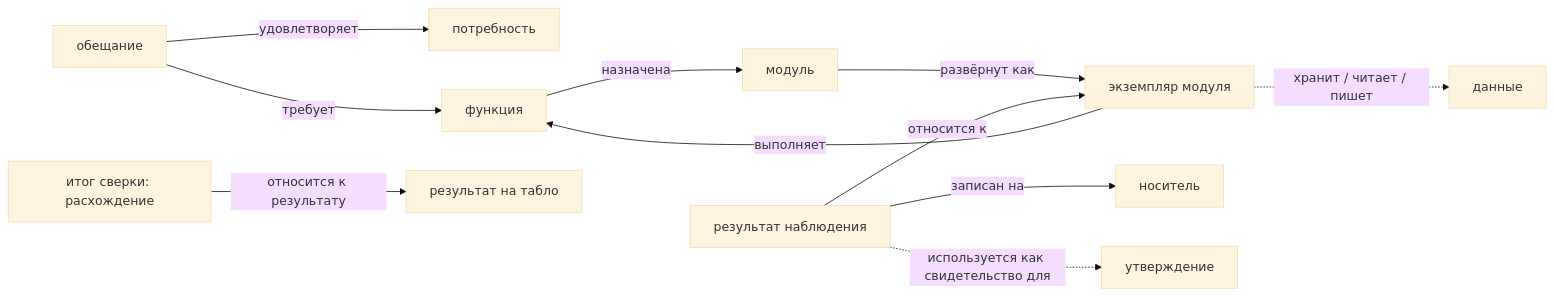
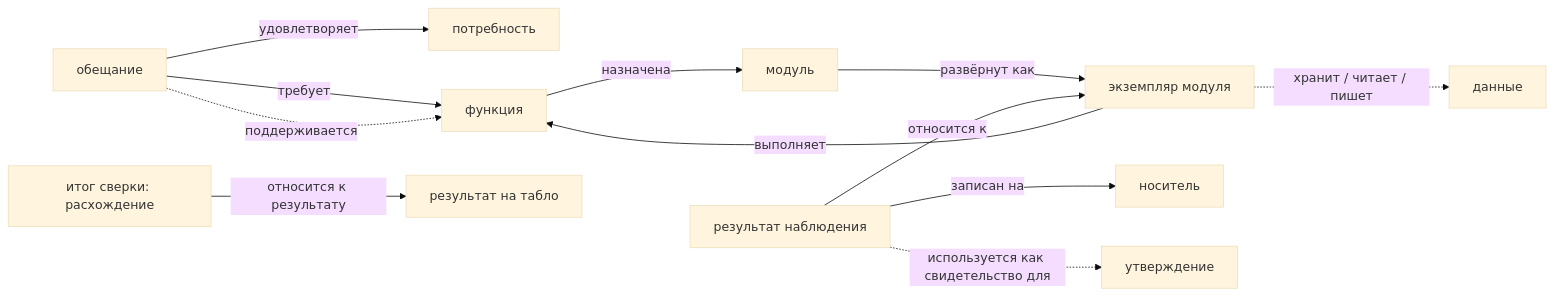
Before and after one commit to MimEcoSys/PACK-ecosystem: the diagram in pack/ecosystem/02-domain-entities/ECO.ARCH.002-digital-twin-binding-rule.md, drawn with Mermaid (base theme). The commit also changed other lines of this file, not shown here.

````diff
--- a/pack/ecosystem/02-domain-entities/ECO.ARCH.002-digital-twin-binding-rule.md
+++ b/pack/ecosystem/02-domain-entities/ECO.ARCH.002-digital-twin-binding-rule.md
@@ -96,13 +97,14 @@
 ```mermaid
 flowchart LR
   P[обещание] -- удовлетворяет --> N[потребность]
   P -- требует --> F[функция]
+  P -. поддерживается .-> F
   F -- назначена --> M[модуль]
   M -- развёрнут как --> I[экземпляр модуля]
   I -- выполняет --> F
   O[результат наблюдения] -- относится к --> I
   O -- записан на --> C[носитель]
   O -. используется как свидетельство для .-> S[утверждение]
   X[итог сверки: расхождение] -- относится к результату --> R[результат на табло]
   I -. хранит / читает / пишет .-> D[данные]
 ```
````
